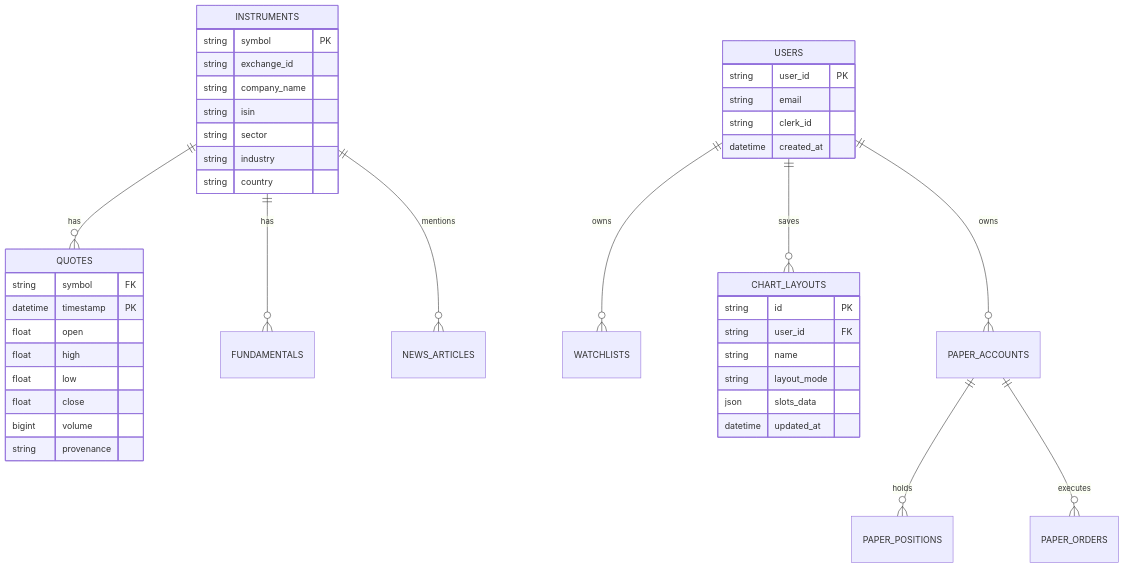
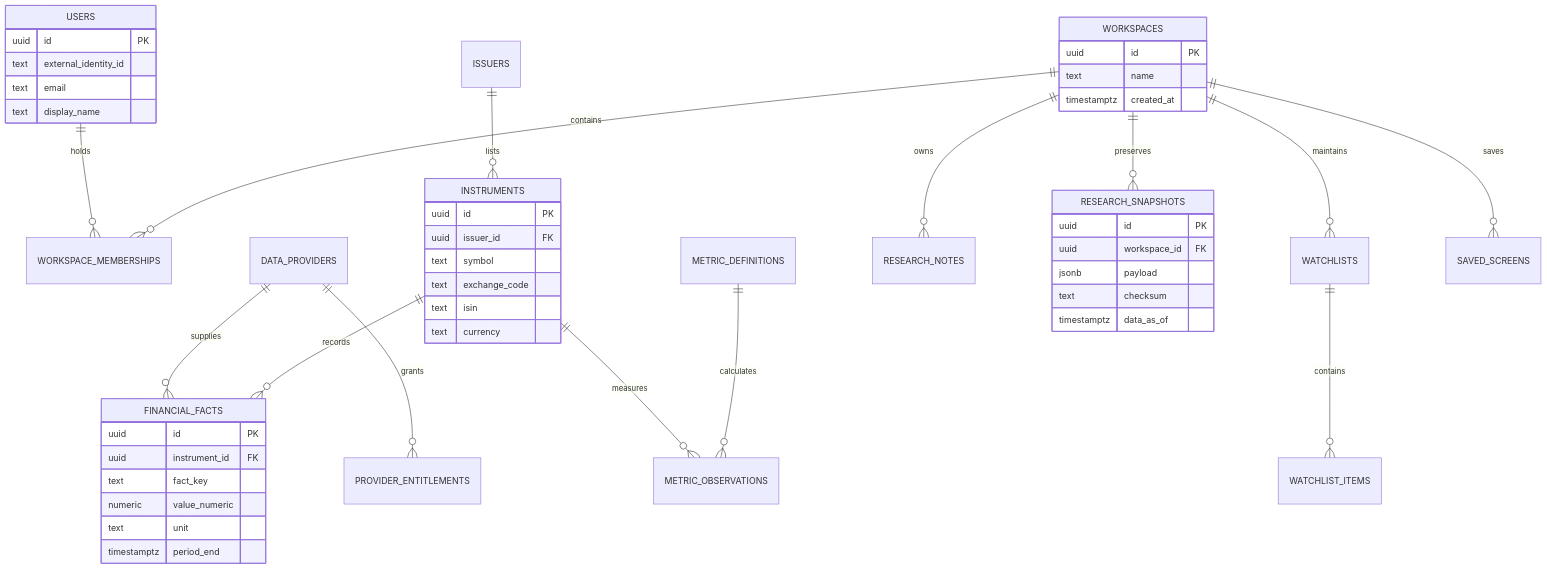
Before and after one commit to parth022002/marketscope: the diagram in docs/architecture/DATABASE_ARCHITECTURE.md, drawn with Mermaid. The commit also changed other lines of this file and 59 other files, not shown here.

Commit message:
feat(enterprise): complete architecture, AI multi-agent orchestration, security & governance upgrade

````diff
--- a/docs/architecture/DATABASE_ARCHITECTURE.md
+++ b/docs/architecture/DATABASE_ARCHITECTURE.md
@@ -7,45 +7,51 @@
 ```mermaid
 erDiagram
-    INSTRUMENTS ||--o{ QUOTES : has
-    INSTRUMENTS ||--o{ FUNDAMENTALS : has
-    INSTRUMENTS ||--o{ NEWS_ARTICLES : mentions
-    USERS ||--o{ WATCHLISTS : owns
-    USERS ||--o{ CHART_LAYOUTS : saves
-    USERS ||--o{ PAPER_ACCOUNTS : owns
-    PAPER_ACCOUNTS ||--o{ PAPER_POSITIONS : holds
-    PAPER_ACCOUNTS ||--o{ PAPER_ORDERS : executes
+    WORKSPACES ||--o{ WORKSPACE_MEMBERSHIPS : contains
+    USERS ||--o{ WORKSPACE_MEMBERSHIPS : holds
+    ISSUERS ||--o{ INSTRUMENTS : lists
+    INSTRUMENTS ||--o{ FINANCIAL_FACTS : records
+    DATA_PROVIDERS ||--o{ PROVIDER_ENTITLEMENTS : grants
+    DATA_PROVIDERS ||--o{ FINANCIAL_FACTS : supplies
+    METRIC_DEFINITIONS ||--o{ METRIC_OBSERVATIONS : calculates
+    INSTRUMENTS ||--o{ METRIC_OBSERVATIONS : measures
+    WORKSPACES ||--o{ RESEARCH_NOTES : owns
+    WORKSPACES ||--o{ RESEARCH_SNAPSHOTS : preserves
+    WORKSPACES ||--o{ WATCHLISTS : maintains
+    WATCHLISTS ||--o{ WATCHLIST_ITEMS : contains
+    WORKSPACES ||--o{ SAVED_SCREENS : saves
 
-    INSTRUMENTS {
-        string symbol PK
-        string exchange_id
-        string company_name
-        string isin
-        string sector
-        string industry
-        string country
-    }
-    QUOTES {
-        string symbol FK
-        datetime timestamp PK
-        float open
-        float high
-        float low
-        float close
-        bigint volume
-        string provenance
+    WORKSPACES {
+        uuid id PK
+        text name
+        timestamptz created_at
     }
     USERS {
-        string user_id PK
-        string email
-        string clerk_id
-        datetime created_at
+        uuid id PK
+        text external_identity_id
+        text email
+        text display_name
     }
-    CHART_LAYOUTS {
-        string id PK
-        string user_id FK
-        string name
-        string layout_mode
-        json slots_data
-        datetime updated_at
+    INSTRUMENTS {
+        uuid id PK
+        uuid issuer_id FK
+        text symbol
+        text exchange_code
+        text isin
+        text currency
+    }
+    FINANCIAL_FACTS {
+        uuid id PK
+        uuid instrument_id FK
+        text fact_key
+        numeric value_numeric
+        text unit
+        timestamptz period_end
+    }
+    RESEARCH_SNAPSHOTS {
+        uuid id PK
+        uuid workspace_id FK
+        jsonb payload
+        text checksum
+        timestamptz data_as_of
     }
 ```
````
